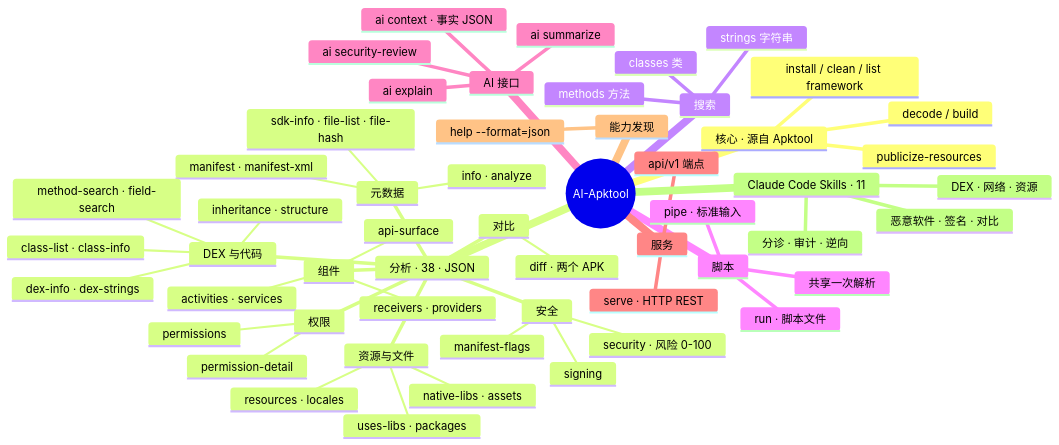
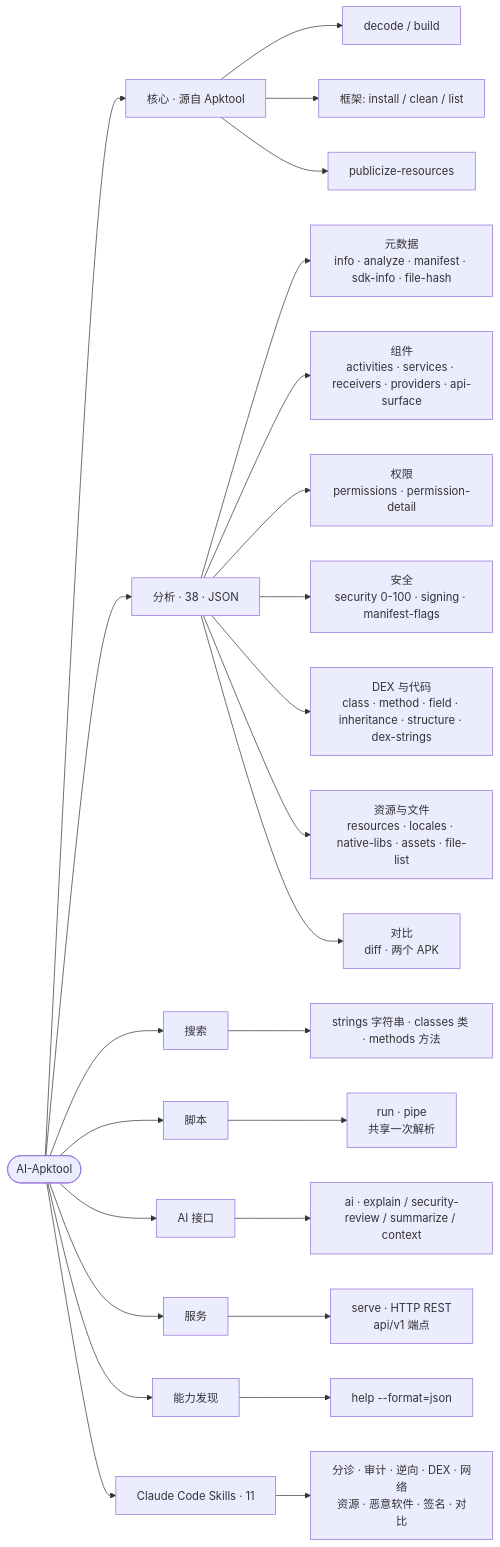
Before and after one commit to android-security-engineer/Apktool-skills: the diagram in README.zh-CN.md, drawn with Mermaid. The commit also changed other lines of this file and 1 other file, not shown here.

Commit message:
docs(readme): switch feature map from mindmap to a left-to-right tree
Replace the Mermaid `mindmap` with a `flowchart LR` tree (EN + zh-CN). The
tree layout renders reliably across all GitHub Mermaid versions, where the
newer `mindmap` graph type is not always supported. All node labels are
quoted to keep `/`, `·`, `-`, and `--format=json` literal.

````diff
--- a/README.zh-CN.md
+++ b/README.zh-CN.md
@@ -50,57 +50,32 @@
 ```mermaid
-mindmap
-  root((AI-Apktool))
-    核心 · 源自 Apktool
-      decode / build
-      install / clean / list framework
-      publicize-resources
-    分析 · 38 · JSON
-      元数据
-        info · analyze
-        manifest · manifest-xml
-        sdk-info · file-list · file-hash
-      组件
-        activities · services
-        receivers · providers
-        api-surface
-      权限
-        permissions
-        permission-detail
-      安全
-        security · 风险 0-100
-        signing
-        manifest-flags
-      DEX 与代码
-        class-list · class-info
-        method-search · field-search
-        inheritance · structure
-        dex-info · dex-strings
-      资源与文件
-        resources · locales
-        native-libs · assets
-        uses-libs · packages
-      对比
-        diff · 两个 APK
-    搜索
-      strings 字符串
-      classes 类
-      methods 方法
-    脚本
-      run · 脚本文件
-      pipe · 标准输入
-      共享一次解析
-    AI 接口
-      ai explain
-      ai security-review
-      ai summarize
-      ai context · 事实 JSON
-    服务
-      serve · HTTP REST
-      api/v1 端点
-    能力发现
-      help --format=json
-    Claude Code Skills · 11
-      分诊 · 审计 · 逆向
-      DEX · 网络 · 资源
-      恶意软件 · 签名 · 对比
+flowchart LR
+  R(["AI-Apktool"])
+
+  R --> CORE["核心 · 源自 Apktool"]
+  R --> ANA["分析 · 38 · JSON"]
+  R --> SEA["搜索"]
+  R --> SCR["脚本"]
+  R --> AII["AI 接口"]
+  R --> SRV["服务"]
+  R --> DIS["能力发现"]
+  R --> SKL["Claude Code Skills · 11"]
+
+  CORE --> CORE1["decode / build"]
+  CORE --> CORE2["框架: install / clean / list"]
+  CORE --> CORE3["publicize-resources"]
+
+  ANA --> ANA1["元数据<br/>info · analyze · manifest · sdk-info · file-hash"]
+  ANA --> ANA2["组件<br/>activities · services · receivers · providers · api-surface"]
+  ANA --> ANA3["权限<br/>permissions · permission-detail"]
+  ANA --> ANA4["安全<br/>security 0-100 · signing · manifest-flags"]
+  ANA --> ANA5["DEX 与代码<br/>class · method · field · inheritance · structure · dex-strings"]
+  ANA --> ANA6["资源与文件<br/>resources · locales · native-libs · assets · file-list"]
+  ANA --> ANA7["对比<br/>diff · 两个 APK"]
+
+  SEA --> SEA1["strings 字符串 · classes 类 · methods 方法"]
+  SCR --> SCR1["run · pipe<br/>共享一次解析"]
+  AII --> AII1["ai · explain / security-review / summarize / context"]
+  SRV --> SRV1["serve · HTTP REST<br/>api/v1 端点"]
+  DIS --> DIS1["help --format=json"]
+  SKL --> SKL1["分诊 · 审计 · 逆向 · DEX · 网络<br/>资源 · 恶意软件 · 签名 · 对比"]
 ```
````
